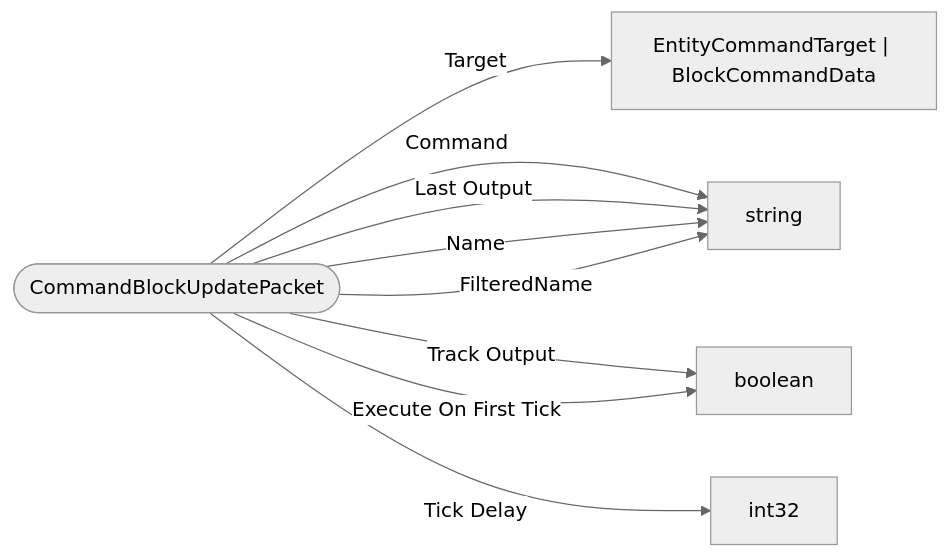
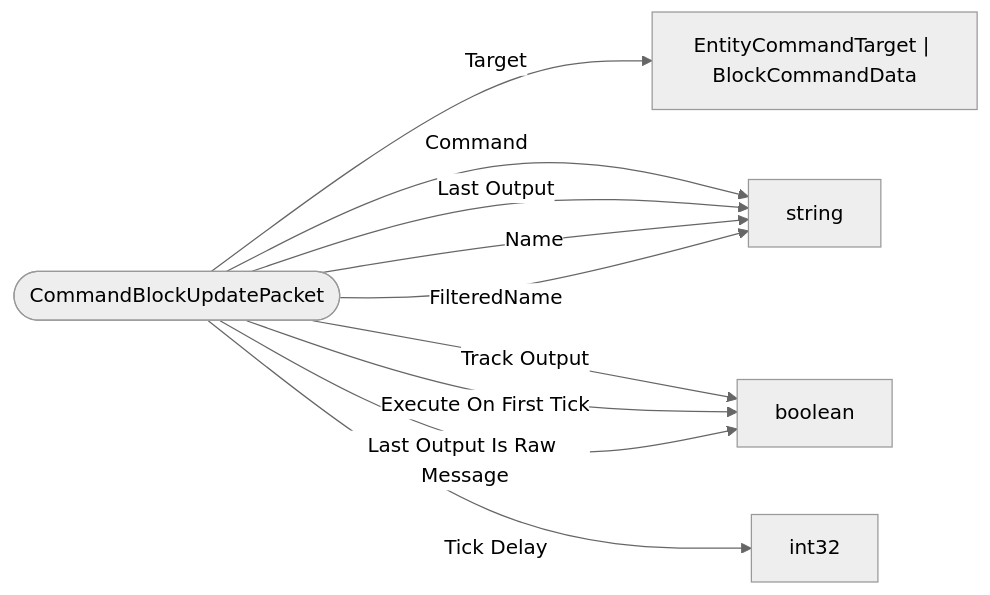
The diagram in schemas/packets/CommandBlockUpdatePacket.md (bedrock-v/protocol-docs), drawn with Mermaid (neutral theme) before and after one commit. The commit also changed 39 other files, not shown here.

````diff
--- a/schemas/packets/CommandBlockUpdatePacket.md
+++ b/schemas/packets/CommandBlockUpdatePacket.md
@@ -7,12 +7,13 @@
 ```mermaid
 flowchart LR
   ROOT(["CommandBlockUpdatePacket"])
   ROOT -->|"Target"| EntityCommandTarget___BlockCommandData["EntityCommandTarget | BlockCommandData"]
   ROOT -->|"Command"| string["string"]
   ROOT -->|"Last Output"| string["string"]
   ROOT -->|"Name"| string["string"]
   ROOT -->|"FilteredName"| string["string"]
   ROOT -->|"Track Output"| boolean["boolean"]
   ROOT -->|"Tick Delay"| int32["int32"]
   ROOT -->|"Execute On First Tick"| boolean["boolean"]
+  ROOT -->|"Last Output Is Raw Message"| boolean["boolean"]
 ```
````
